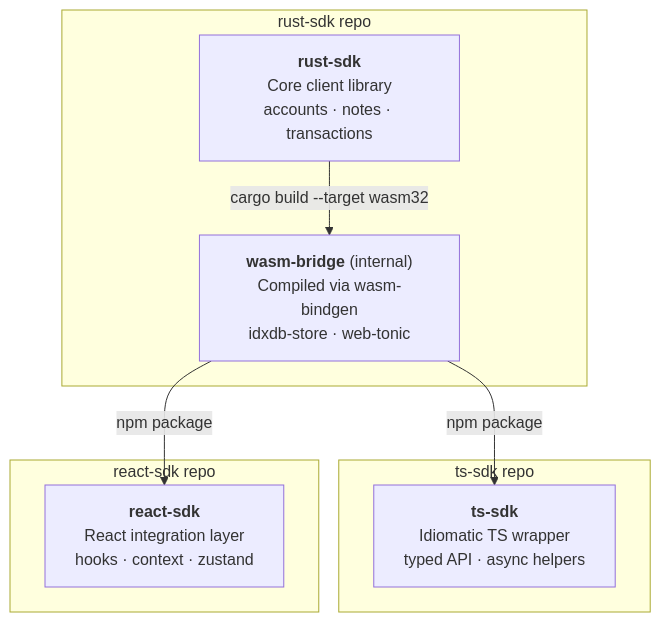
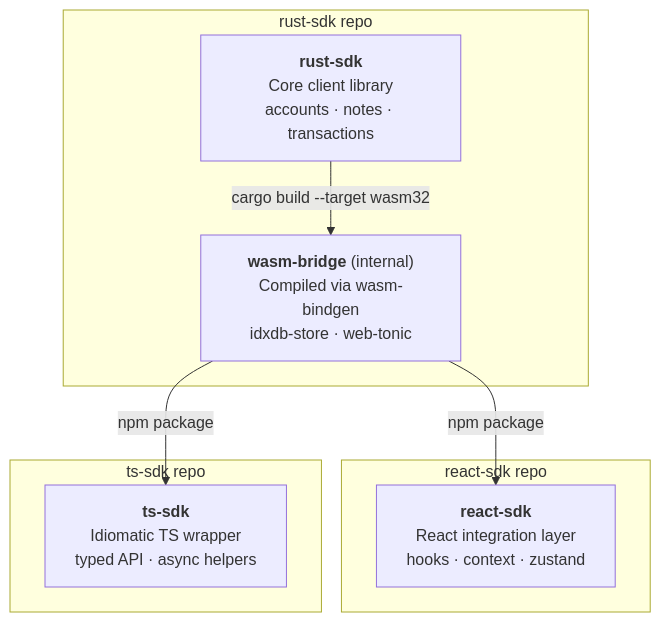
The diagram in README.md (0xMiden/miden-client), drawn with Mermaid before and after one commit. The commit also changed other lines of this file, not shown here.

Commit message:
docs: reorder diagram so ts-sdk renders on the left

````diff
--- a/README.md
+++ b/README.md
@@ -19,19 +19,19 @@
 ```mermaid
 graph TB
     subgraph rust-sdk-repo["rust-sdk repo"]
         rust-sdk["<b>rust-sdk</b><br/>Core client library<br/>accounts · notes · transactions"]
         wasm-bridge["<b>wasm-bridge</b> (internal)<br/>Compiled via wasm-bindgen<br/>idxdb-store · web-tonic"]
         rust-sdk -- "cargo build --target wasm32" --> wasm-bridge
     end
 
+    subgraph react-sdk-repo["react-sdk repo"]
+        react-sdk["<b>react-sdk</b><br/>React integration layer<br/>hooks · context · zustand"]
+    end
+
     subgraph ts-sdk-repo["ts-sdk repo"]
         ts-sdk["<b>ts-sdk</b><br/>Idiomatic TS wrapper<br/>typed API · async helpers"]
     end
 
-    subgraph react-sdk-repo["react-sdk repo"]
-        react-sdk["<b>react-sdk</b><br/>React integration layer<br/>hooks · context · zustand"]
-    end
-
+    wasm-bridge -- "npm package" --> react-sdk
     wasm-bridge -- "npm package" --> ts-sdk
-    wasm-bridge -- "npm package" --> react-sdk
 ```
````
